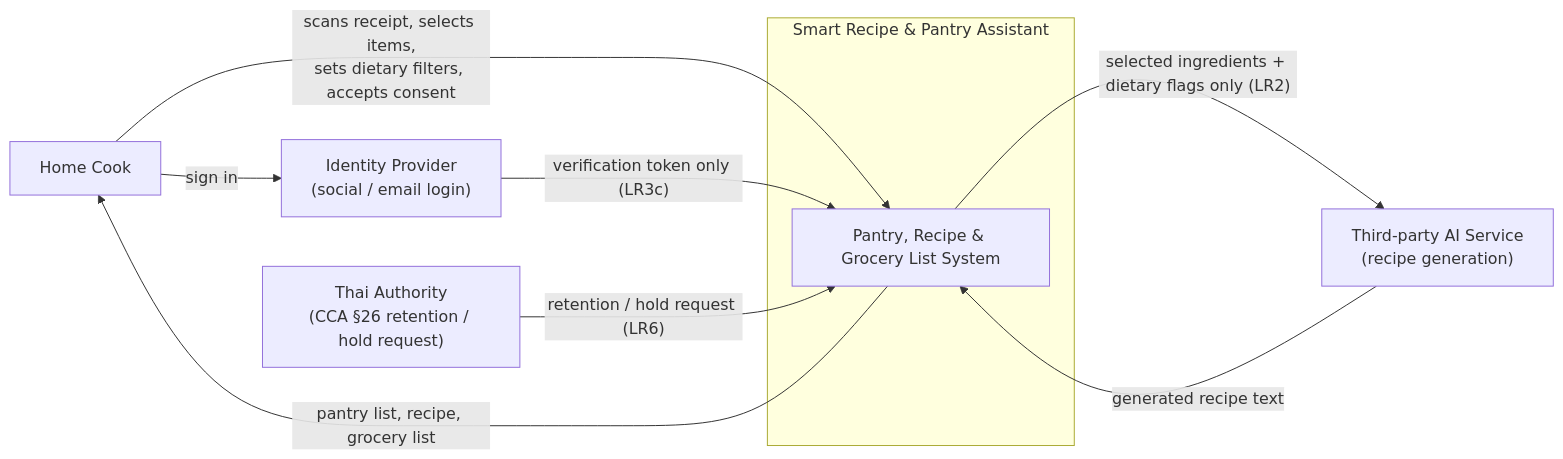
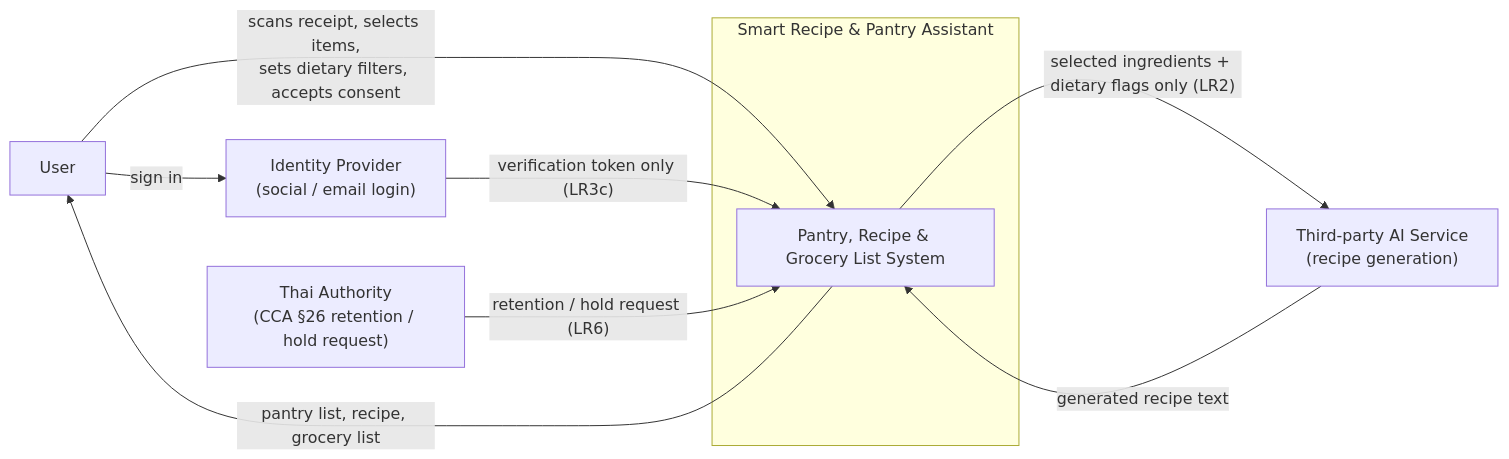
Before and after one commit to eaindraysupan1005/smart-recipe-planner: the diagram in .docs/02-design/04-diagrams/01-context.md, drawn with Mermaid. The commit also changed other lines of this file and 3 other files, not shown here.

Commit message:
Diagram Changes

````diff
--- a/.docs/02-design/04-diagrams/01-context.md
+++ b/.docs/02-design/04-diagrams/01-context.md
@@ -8,23 +8,23 @@
 ```mermaid
 graph LR
-    HomeCook["Home Cook"]
+    User["User"]
     Authority["Thai Authority\n(CCA §26 retention / hold request)"]
 
     subgraph System["Smart Recipe & Pantry Assistant"]
         App["Pantry, Recipe & Grocery List System"]
     end
 
     AI["Third-party AI Service\n(recipe generation)"]
     IdP["Identity Provider\n(social / email login)"]
 
-    HomeCook -- "scans receipt, selects items,\nsets dietary filters, accepts consent" --> App
-    App -- "pantry list, recipe, grocery list" --> HomeCook
+    User -- "scans receipt, selects items,\nsets dietary filters, accepts consent" --> App
+    App -- "pantry list, recipe, grocery list" --> User
 
     App -- "selected ingredients + dietary flags only (LR2)" --> AI
     AI -- "generated recipe text" --> App
 
-    HomeCook -- "sign in" --> IdP
+    User -- "sign in" --> IdP
     IdP -- "verification token only (LR3c)" --> App
 
     Authority -- "retention / hold request (LR6)" --> App
 ```
````
